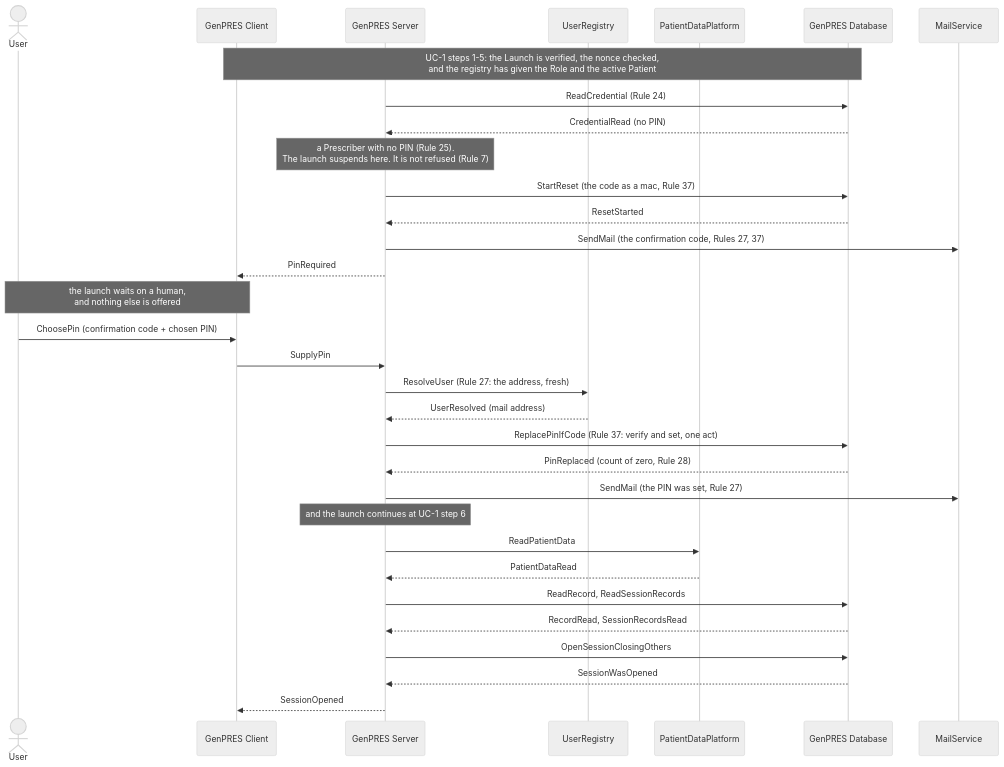
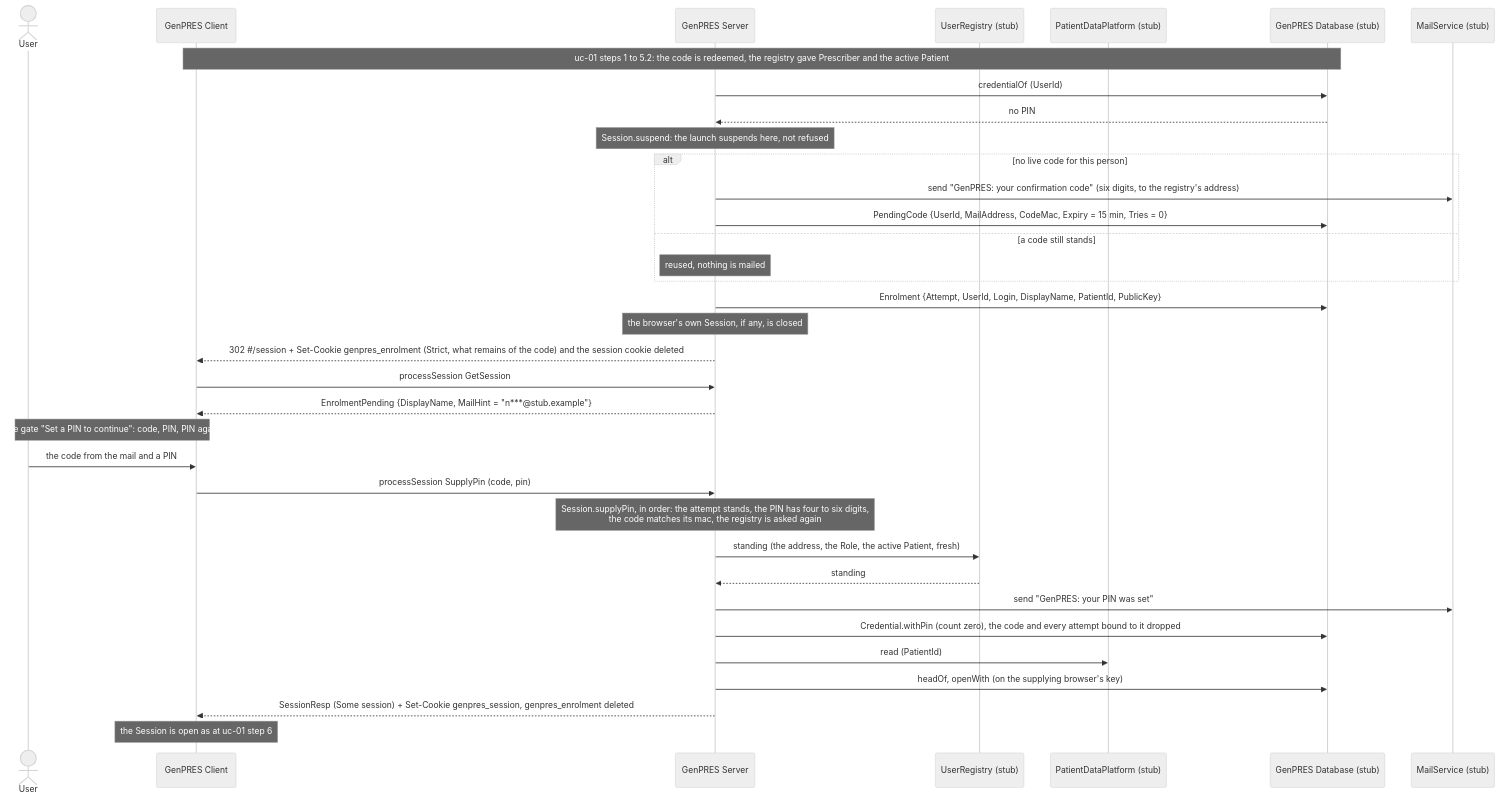
Before and after one commit to informedica/GenPRES: the diagram in docs/scenarios/integration/uc-02-enrolment.md, drawn with Mermaid (neutral theme). The commit also changed other lines of this file and 13 other files, not shown here.

````diff
--- a/docs/scenarios/integration/uc-02-enrolment.md
+++ b/docs/scenarios/integration/uc-02-enrolment.md
@@ -10,43 +11,44 @@
 ```mermaid
 sequenceDiagram
     actor U as User
     participant C as GenPRES Client
     participant S as GenPRES Server
-    participant R as UserRegistry
-    participant P as PatientDataPlatform
-    participant D as GenPRES Database
-    participant M as MailService
+    participant R as UserRegistry (stub)
+    participant P as PatientDataPlatform (stub)
+    participant D as GenPRES Database (stub)
+    participant M as MailService (stub)
 
-    Note over C,D: UC-1 steps 1-5: the Launch is verified, the nonce checked,<br/>and the registry has given the Role and the active Patient
+    Note over C,D: uc-01 steps 1 to 5.2: the code is redeemed, the registry gave Prescriber and the active Patient
 
-    S->>D: ReadCredential (Rule 24)
-    D-->>S: CredentialRead (no PIN)
+    S->>D: credentialOf (UserId)
+    D-->>S: no PIN
 
-    Note over S: a Prescriber with no PIN (Rule 25).<br/>The launch suspends here. It is not refused (Rule 7)
+    Note over S: Session.suspend: the launch suspends here, not refused
 
-    S->>D: StartReset (the code as a mac, Rule 37)
-    D-->>S: ResetStarted
-    S->>M: SendMail (the confirmation code, Rules 27, 37)
-    S-->>C: PinRequired
+    alt no live code for this person
+        S->>M: send "GenPRES: your confirmation code" (six digits, to the registry's address)
+        S->>D: PendingCode {UserId, MailAddress, CodeMac, Expiry = 15 min, Tries = 0}
+    else a code still stands
+        Note over S: reused, nothing is mailed
+    end
+    S->>D: Enrolment {Attempt, UserId, Login, DisplayName, PatientId, PublicKey}
+    Note over S: the browser's own Session, if any, is closed
+    S-->>C: 302 #35;/session + Set-Cookie genpres_enrolment (Strict, what remains of the code) and the session cookie deleted
 
-    Note over U,C: the launch waits on a human,<br/>and nothing else is offered
+    C->>S: processSession GetSession
+    S-->>C: EnrolmentPending {DisplayName, MailHint = "n***@stub.example"}
+    Note over U,C: the gate "Set a PIN to continue": code, PIN, PIN again
 
-    U->>C: ChoosePin (confirmation code + chosen PIN)
-    C->>S: SupplyPin
+    U->>C: the code from the mail and a PIN
+    C->>S: processSession SupplyPin (code, pin)
+    Note over S: Session.supplyPin, in order: the attempt stands, the PIN has four to six digits,<br/>the code matches its mac, the registry is asked again
+    S->>R: standing (the address, the Role, the active Patient, fresh)
+    R-->>S: standing
+    S->>M: send "GenPRES: your PIN was set"
+    S->>D: Credential.withPin (count zero), the code and every attempt bound to it dropped
+    S->>P: read (PatientId)
+    S->>D: headOf, openWith (on the supplying browser's key)
+    S-->>C: SessionResp (Some session) + Set-Cookie genpres_session, genpres_enrolment deleted
 
-    S->>R: ResolveUser (Rule 27: the address, fresh)
-    R-->>S: UserResolved (mail address)
-    S->>D: ReplacePinIfCode (Rule 37: verify and set, one act)
-    D-->>S: PinReplaced (count of zero, Rule 28)
-    S->>M: SendMail (the PIN was set, Rule 27)
-
-    Note over S: and the launch continues at UC-1 step 6
-
-    S->>P: ReadPatientData
-    P-->>S: PatientDataRead
-    S->>D: ReadRecord, ReadSessionRecords
-    D-->>S: RecordRead, SessionRecordsRead
-    S->>D: OpenSessionClosingOthers
-    D-->>S: SessionWasOpened
-    S-->>C: SessionOpened
+    Note over C: the Session is open as at uc-01 step 6
 ```
````
